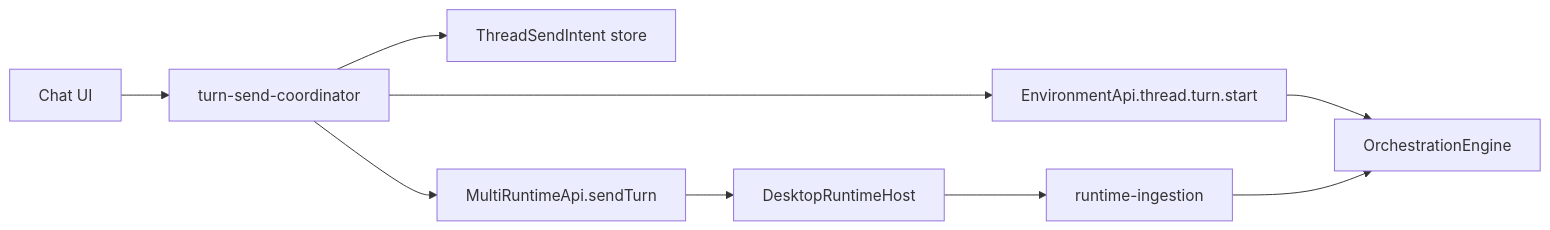
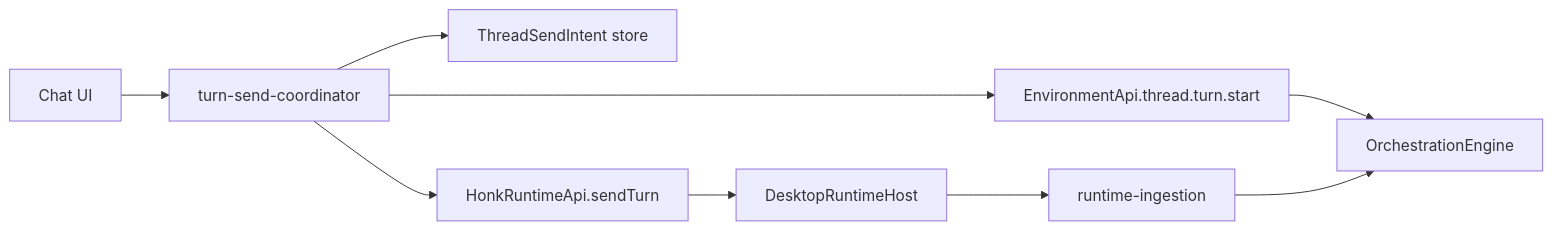
Before and after one commit to interfaces-lab/honk: the diagram in packages/app/ARCHITECTURE.md, drawn with Mermaid. The commit also changed other lines of this file and 609 other files, not shown here.

Commit message:
Rebrand Multi to Honk

````diff
--- a/packages/app/ARCHITECTURE.md
+++ b/packages/app/ARCHITECTURE.md
@@ -33,11 +33,11 @@
 ```mermaid
 flowchart LR
   UI["Chat UI"] --> Coord["turn-send-coordinator"]
   Coord --> Intent["ThreadSendIntent store"]
   Coord --> Env["EnvironmentApi.thread.turn.start"]
-  Coord --> Runtime["MultiRuntimeApi.sendTurn"]
+  Coord --> Runtime["HonkRuntimeApi.sendTurn"]
   Env --> Server["OrchestrationEngine"]
   Runtime --> Desktop["DesktopRuntimeHost"]
   Desktop --> Ingestion["runtime-ingestion"]
   Ingestion --> Server
 ```
````
